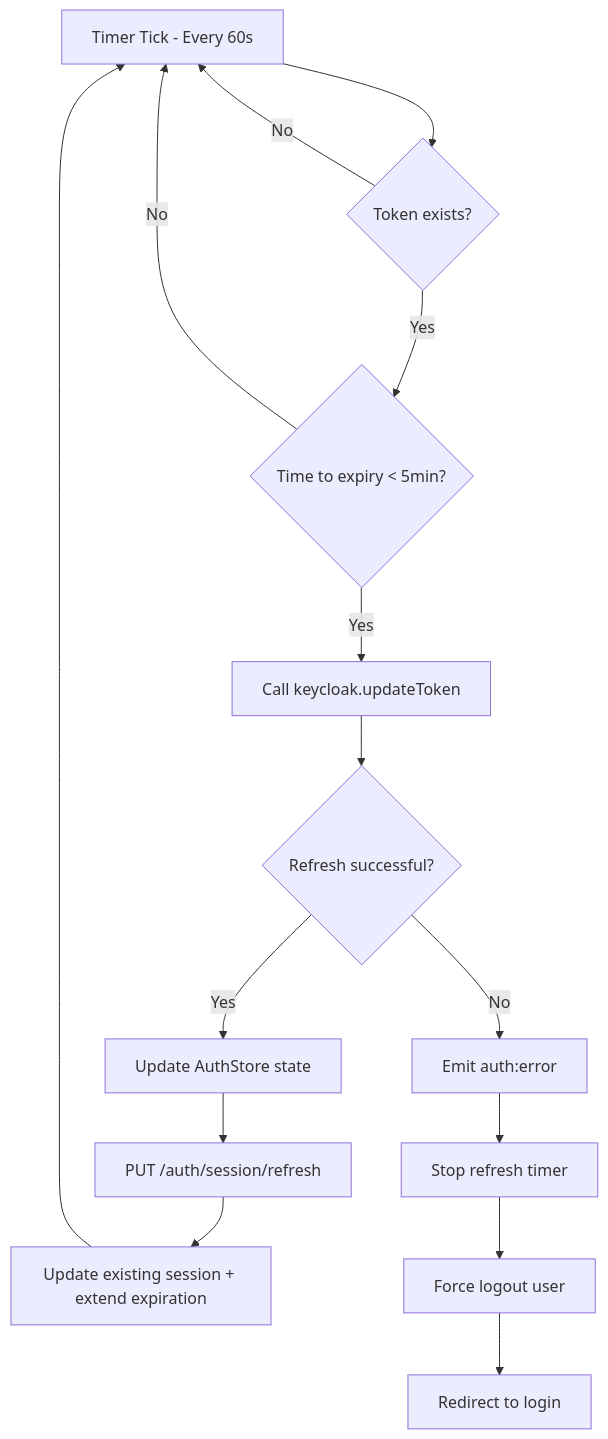
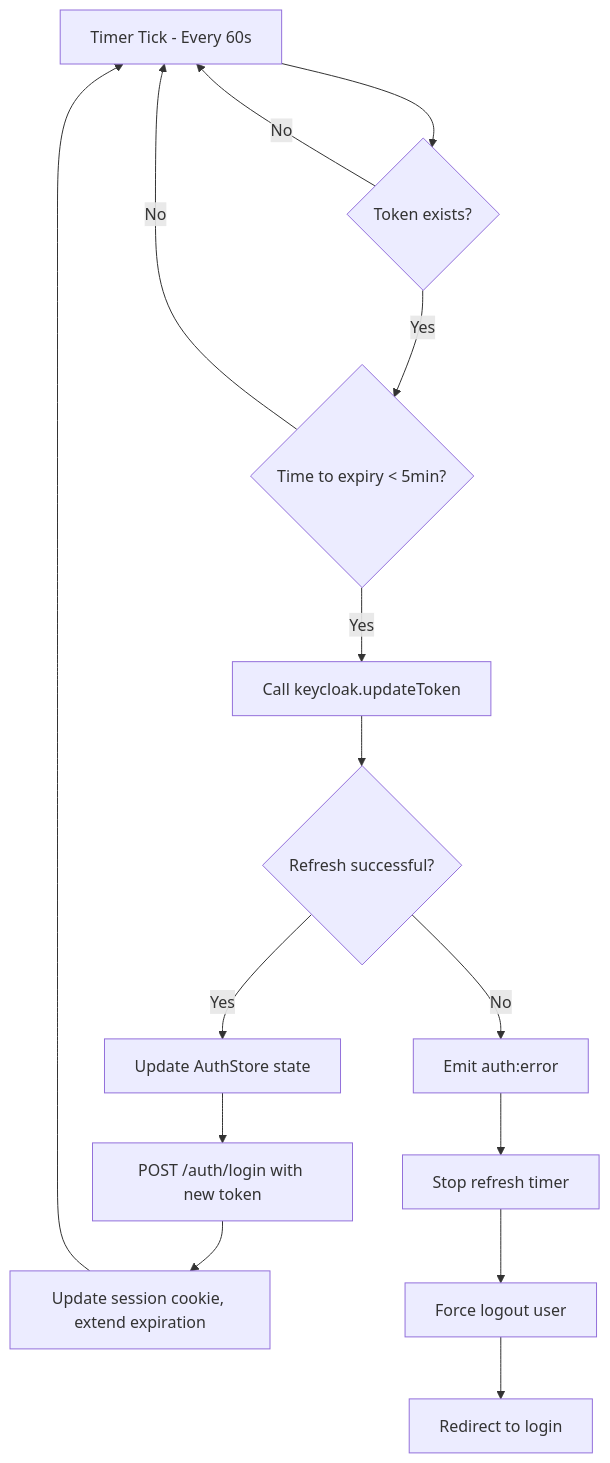
The fourth of 8 diagrams in docs/AUTHENTICATION_FLOW.md (ewilhelmy-resolve/resolve-prototypes), drawn with Mermaid before and after one commit. The commit also changed other lines of this file and 3 other files, not shown here.

First line of the commit message:
refactor(auth): migrate to cookie-only authentication

````diff
--- a/docs/AUTHENTICATION_FLOW.md
+++ b/docs/AUTHENTICATION_FLOW.md
@@ -259,17 +261,17 @@
 ```mermaid
 flowchart TD
     A[Timer Tick - Every 60s] --> B{Token exists?}
     B -->|No| A
     B -->|Yes| C{Time to expiry < 5min?}
     C -->|No| A
     C -->|Yes| D[Call keycloak.updateToken]
     D --> E{Refresh successful?}
     E -->|Yes| F[Update AuthStore state]
-    F --> G[PUT /auth/session/refresh]
-    G --> H[Update existing session + extend expiration]
+    F --> G[POST /auth/login with new token]
+    G --> H[Update session cookie, extend expiration]
     H --> A
     E -->|No| I[Emit auth:error]
     I --> J[Stop refresh timer]
     J --> K[Force logout user]
     K --> L[Redirect to login]
 ```
````
